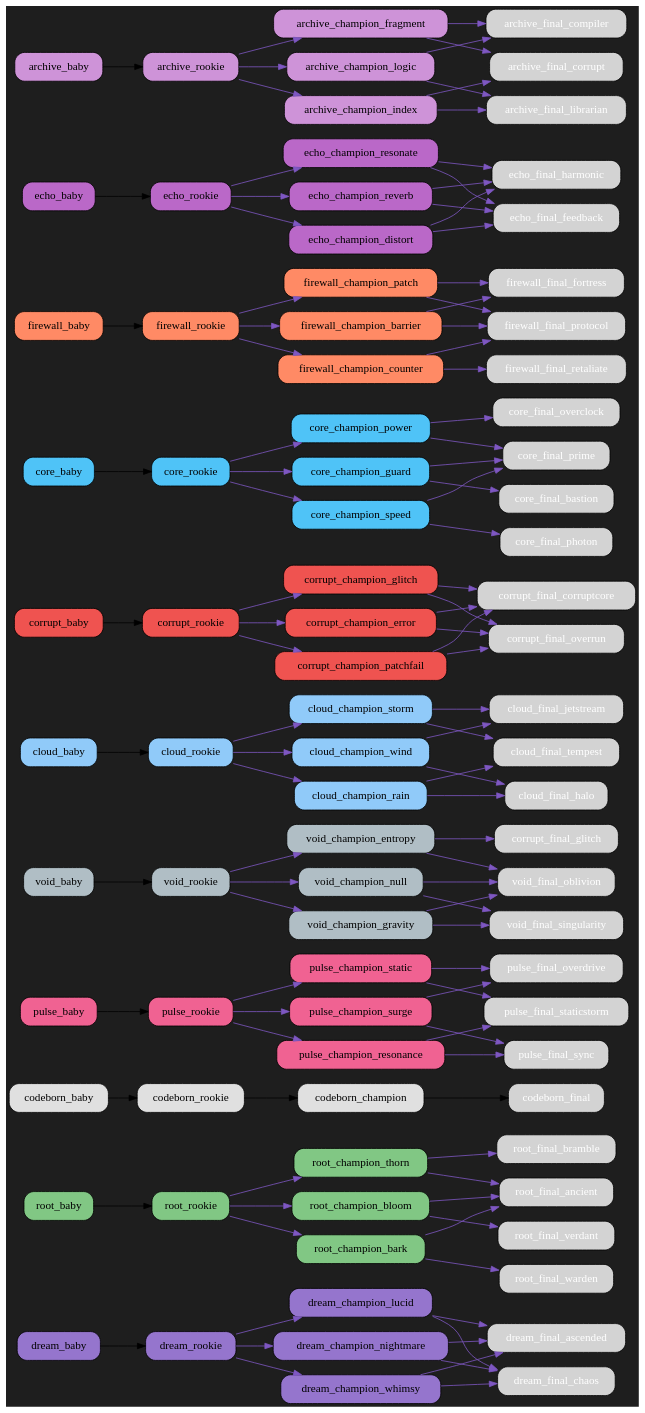
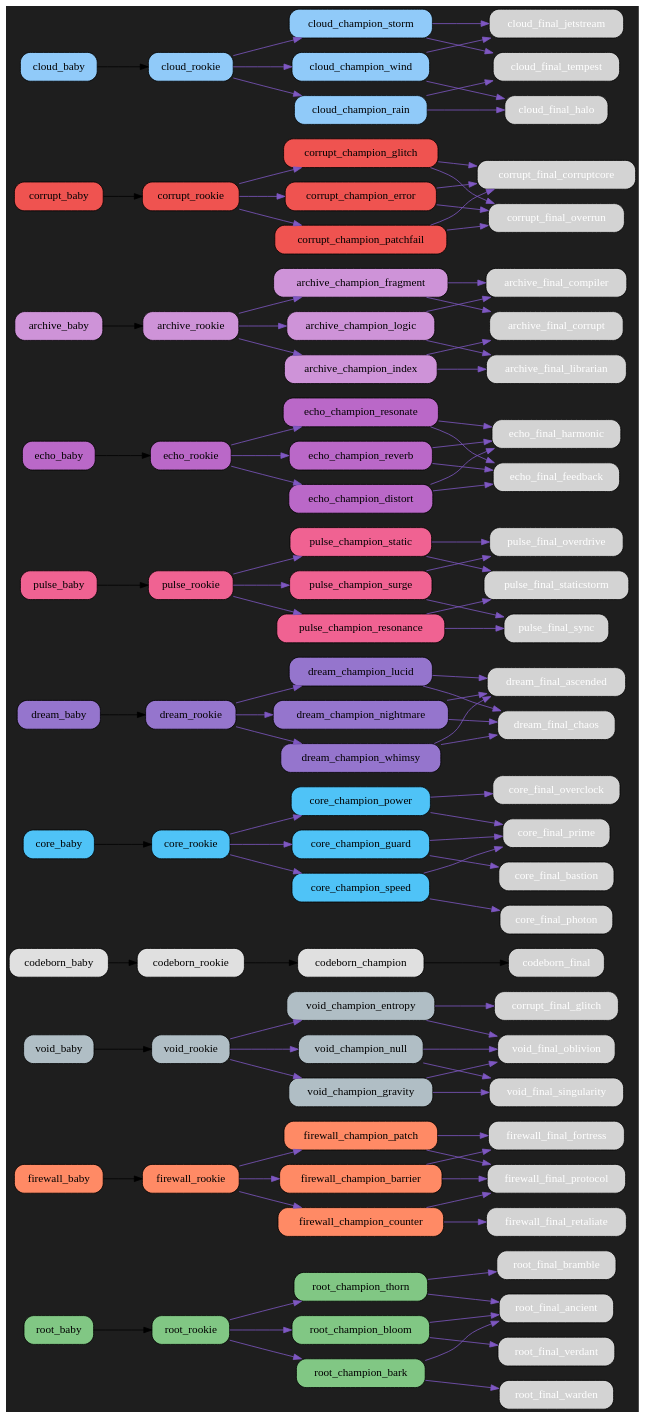
Before and after one commit to bwlight/NetGrid: the diagram in src/netgrid/systems/evolution/graphs/dark/evolution_graph_dark.dot, drawn with Graphviz. The commit also changed other lines of this file and 8 other files, not shown here.

Commit message:
Auto-update evolution graphs

```diff
--- a/src/netgrid/systems/evolution/graphs/dark/evolution_graph_dark.dot
+++ b/src/netgrid/systems/evolution/graphs/dark/evolution_graph_dark.dot
@@ -2,6 +2,72 @@
   rankdir=LR;
   bgcolor="#1e1e1e";
   node [shape=box, style="rounded,filled", fontcolor="white"];
+  "root_baby" [fillcolor="#81c784", fontcolor="black"];
+  "root_baby" -> "root_rookie";
+  "root_rookie" [fillcolor="#81c784", fontcolor="black"];
+  "root_rookie" -> "root_champion_thorn" [color="#7e57c2"];
+  "root_rookie" -> "root_champion_bloom" [color="#7e57c2"];
+  "root_rookie" -> "root_champion_bark" [color="#7e57c2"];
+  "root_champion_thorn" [fillcolor="#81c784", fontcolor="black"];
+  "root_champion_thorn" -> "root_final_bramble" [color="#7e57c2"];
+  "root_champion_thorn" -> "root_final_ancient" [color="#7e57c2"];
+  "root_champion_bloom" [fillcolor="#81c784", fontcolor="black"];
+  "root_champion_bloom" -> "root_final_ancient" [color="#7e57c2"];
+  "root_champion_bloom" -> "root_final_verdant" [color="#7e57c2"];
+  "root_champion_bark" [fillcolor="#81c784", fontcolor="black"];
+  "root_champion_bark" -> "root_final_warden" [color="#7e57c2"];
+  "root_champion_bark" -> "root_final_ancient" [color="#7e57c2"];
+  "firewall_baby" [fillcolor="#ff8a65", fontcolor="black"];
+  "firewall_baby" -> "firewall_rookie";
+  "firewall_rookie" [fillcolor="#ff8a65", fontcolor="black"];
+  "firewall_rookie" -> "firewall_champion_barrier" [color="#7e57c2"];
+  "firewall_rookie" -> "firewall_champion_counter" [color="#7e57c2"];
+  "firewall_rookie" -> "firewall_champion_patch" [color="#7e57c2"];
+  "firewall_champion_barrier" [fillcolor="#ff8a65", fontcolor="black"];
+  "firewall_champion_barrier" -> "firewall_final_fortress" [color="#7e57c2"];
+  "firewall_champion_barrier" -> "firewall_final_protocol" [color="#7e57c2"];
+  "firewall_champion_counter" [fillcolor="#ff8a65", fontcolor="black"];
+  "firewall_champion_counter" -> "firewall_final_retaliate" [color="#7e57c2"];
+  "firewall_champion_counter" -> "firewall_final_protocol" [color="#7e57c2"];
+  "firewall_champion_patch" [fillcolor="#ff8a65", fontcolor="black"];
+  "firewall_champion_patch" -> "firewall_final_protocol" [color="#7e57c2"];
+  "firewall_champion_patch" -> "firewall_final_fortress" [color="#7e57c2"];
+  "void_baby" [fillcolor="#b0bec5", fontcolor="black"];
+  "void_baby" -> "void_rookie";
+  "void_rookie" [fillcolor="#b0bec5", fontcolor="black"];
+  "void_rookie" -> "void_champion_entropy" [color="#7e57c2"];
+  "void_rookie" -> "void_champion_gravity" [color="#7e57c2"];
+  "void_rookie" -> "void_champion_null" [color="#7e57c2"];
+  "void_champion_entropy" [fillcolor="#b0bec5", fontcolor="black"];
+  "void_champion_entropy" -> "corrupt_final_glitch" [color="#7e57c2"];
+  "void_champion_entropy" -> "void_final_oblivion" [color="#7e57c2"];
+  "void_champion_gravity" [fillcolor="#b0bec5", fontcolor="black"];
+  "void_champion_gravity" -> "void_final_singularity" [color="#7e57c2"];
+  "void_champion_gravity" -> "void_final_oblivion" [color="#7e57c2"];
+  "void_champion_null" [fillcolor="#b0bec5", fontcolor="black"];
+  "void_champion_null" -> "void_final_oblivion" [color="#7e57c2"];
+  "void_champion_null" -> "void_final_singularity" [color="#7e57c2"];
+  "codeborn_baby" [fillcolor="#e0e0e0", fontcolor="black"];
+  "codeborn_baby" -> "codeborn_rookie";
+  "codeborn_rookie" [fillcolor="#e0e0e0", fontcolor="black"];
+  "codeborn_rookie" -> "codeborn_champion";
+  "codeborn_champion" [fillcolor="#e0e0e0", fontcolor="black"];
+  "codeborn_champion" -> "codeborn_final";
+  "core_baby" [fillcolor="#4fc3f7", fontcolor="black"];
+  "core_baby" -> "core_rookie";
+  "core_rookie" [fillcolor="#4fc3f7", fontcolor="black"];
+  "core_rookie" -> "core_champion_power" [color="#7e57c2"];
+  "core_rookie" -> "core_champion_guard" [color="#7e57c2"];
+  "core_rookie" -> "core_champion_speed" [color="#7e57c2"];
+  "core_champion_power" [fillcolor="#4fc3f7", fontcolor="black"];
+  "core_champion_power" -> "core_final_overclock" [color="#7e57c2"];
+  "core_champion_power" -> "core_final_prime" [color="#7e57c2"];
+  "core_champion_guard" [fillcolor="#4fc3f7", fontcolor="black"];
+  "core_champion_guard" -> "core_final_bastion" [color="#7e57c2"];
+  "core_champion_guard" -> "core_final_prime" [color="#7e57c2"];
+  "core_champion_speed" [fillcolor="#4fc3f7", fontcolor="black"];
+  "core_champion_speed" -> "core_final_photon" [color="#7e57c2"];
+  "core_champion_speed" -> "core_final_prime" [color="#7e57c2"];
   "dream_baby" [fillcolor="#9575cd", fontcolor="black"];
   "dream_baby" -> "dream_rookie";
   "dream_rookie" [fillcolor="#9575cd", fontcolor="black"];
@@ -17,27 +83,6 @@
   "dream_champion_whimsy" [fillcolor="#9575cd", fontcolor="black"];
   "dream_champion_whimsy" -> "dream_final_ascended" [color="#7e57c2"];
   "dream_champion_whimsy" -> "dream_final_chaos" [color="#7e57c2"];
-  "root_baby" [fillcolor="#81c784", fontcolor="black"];
-  "root_baby" -> "root_rookie";
-  "root_rookie" [fillcolor="#81c784", fontcolor="black"];
-  "root_rookie" -> "root_champion_thorn" [color="#7e57c2"];
-  "root_rookie" -> "root_champion_bloom" [color="#7e57c2"];
-  "root_rookie" -> "root_champion_bark" [color="#7e57c2"];
-  "root_champion_thorn" [fillcolor="#81c784", fontcolor="black"];
-  "root_champion_thorn" -> "root_final_bramble" [color="#7e57c2"];
-  "root_champion_thorn" -> "root_final_ancient" [color="#7e57c2"];
-  "root_champion_bloom" [fillcolor="#81c784", fontcolor="black"];
-  "root_champion_bloom" -> "root_final_ancient" [color="#7e57c2"];
-  "root_champion_bloom" -> "root_final_verdant" [color="#7e57c2"];
-  "root_champion_bark" [fillcolor="#81c784", fontcolor="black"];
-  "root_champion_bark" -> "root_final_warden" [color="#7e57c2"];
-  "root_champion_bark" -> "root_final_ancient" [color="#7e57c2"];
-  "codeborn_baby" [fillcolor="#e0e0e0", fontcolor="black"];
-  "codeborn_baby" -> "codeborn_rookie";
-  "codeborn_rookie" [fillcolor="#e0e0e0", fontcolor="black"];
-  "codeborn_rookie" -> "codeborn_champion";
-  "codeborn_champion" [fillcolor="#e0e0e0", fontcolor="black"];
-  "codeborn_champion" -> "codeborn_final";
   "pulse_baby" [fillcolor="#f06292", fontcolor="black"];
   "pulse_baby" -> "pulse_rookie";
   "pulse_rookie" [fillcolor="#f06292", fontcolor="black"];
@@ -53,81 +98,6 @@
   "pulse_champion_static" [fillcolor="#f06292", fontcolor="black"];
   "pulse_champion_static" -> "pulse_final_staticstorm" [color="#7e57c2"];
   "pulse_champion_static" -> "pulse_final_overdrive" [color="#7e57c2"];
-  "void_baby" [fillcolor="#b0bec5", fontcolor="black"];
-  "void_baby" -> "void_rookie";
-  "void_rookie" [fillcolor="#b0bec5", fontcolor="black"];
-  "void_rookie" -> "void_champion_entropy" [color="#7e57c2"];
-  "void_rookie" -> "void_champion_gravity" [color="#7e57c2"];
-  "void_rookie" -> "void_champion_null" [color="#7e57c2"];
-  "void_champion_entropy" [fillcolor="#b0bec5", fontcolor="black"];
-  "void_champion_entropy" -> "corrupt_final_glitch" [color="#7e57c2"];
-  "void_champion_entropy" -> "void_final_oblivion" [color="#7e57c2"];
-  "void_champion_gravity" [fillcolor="#b0bec5", fontcolor="black"];
-  "void_champion_gravity" -> "void_final_singularity" [color="#7e57c2"];
-  "void_champion_gravity" -> "void_final_oblivion" [color="#7e57c2"];
-  "void_champion_null" [fillcolor="#b0bec5", fontcolor="black"];
-  "void_champion_null" -> "void_final_oblivion" [color="#7e57c2"];
-  "void_champion_null" -> "void_final_singularity" [color="#7e57c2"];
-  "cloud_baby" [fillcolor="#90caf9", fontcolor="black"];
-  "cloud_baby" -> "cloud_rookie";
-  "cloud_rookie" [fillcolor="#90caf9", fontcolor="black"];
-  "cloud_rookie" -> "cloud_champion_wind" [color="#7e57c2"];
-  "cloud_rookie" -> "cloud_champion_rain" [color="#7e57c2"];
-  "cloud_rookie" -> "cloud_champion_storm" [color="#7e57c2"];
-  "cloud_champion_wind" [fillcolor="#90caf9", fontcolor="black"];
-  "cloud_champion_wind" -> "cloud_final_jetstream" [color="#7e57c2"];
-  "cloud_champion_wind" -> "cloud_final_halo" [color="#7e57c2"];
-  "cloud_champion_rain" [fillcolor="#90caf9", fontcolor="black"];
-  "cloud_champion_rain" -> "cloud_final_halo" [color="#7e57c2"];
-  "cloud_champion_rain" -> "cloud_final_tempest" [color="#7e57c2"];
-  "cloud_champion_storm" [fillcolor="#90caf9", fontcolor="black"];
-  "cloud_champion_storm" -> "cloud_final_tempest" [color="#7e57c2"];
-  "cloud_champion_storm" -> "cloud_final_jetstream" [color="#7e57c2"];
-  "corrupt_baby" [fillcolor="#ef5350", fontcolor="black"];
-  "corrupt_baby" -> "corrupt_rookie";
-  "corrupt_rookie" [fillcolor="#ef5350", fontcolor="black"];
-  "corrupt_rookie" -> "corrupt_champion_glitch" [color="#7e57c2"];
-  "corrupt_rookie" -> "corrupt_champion_error" [color="#7e57c2"];
-  "corrupt_rookie" -> "corrupt_champion_patchfail" [color="#7e57c2"];
-  "corrupt_champion_glitch" [fillcolor="#ef5350", fontcolor="black"];
-  "corrupt_champion_glitch" -> "corrupt_final_corruptcore" [color="#7e57c2"];
-  "corrupt_champion_glitch" -> "corrupt_final_overrun" [color="#7e57c2"];
-  "corrupt_champion_error" [fillcolor="#ef5350", fontcolor="black"];
-  "corrupt_champion_error" -> "corrupt_final_overrun" [color="#7e57c2"];
-  "corrupt_champion_error" -> "corrupt_final_corruptcore" [color="#7e57c2"];
-  "corrupt_champion_patchfail" [fillcolor="#ef5350", fontcolor="black"];
-  "corrupt_champion_patchfail" -> "corrupt_final_corruptcore" [color="#7e57c2"];
-  "corrupt_champion_patchfail" -> "corrupt_final_overrun" [color="#7e57c2"];
-  "core_baby" [fillcolor="#4fc3f7", fontcolor="black"];
-  "core_baby" -> "core_rookie";
-  "core_rookie" [fillcolor="#4fc3f7", fontcolor="black"];
-  "core_rookie" -> "core_champion_power" [color="#7e57c2"];
-  "core_rookie" -> "core_champion_guard" [color="#7e57c2"];
-  "core_rookie" -> "core_champion_speed" [color="#7e57c2"];
-  "core_champion_power" [fillcolor="#4fc3f7", fontcolor="black"];
-  "core_champion_power" -> "core_final_overclock" [color="#7e57c2"];
-  "core_champion_power" -> "core_final_prime" [color="#7e57c2"];
-  "core_champion_guard" [fillcolor="#4fc3f7", fontcolor="black"];
-  "core_champion_guard" -> "core_final_bastion" [color="#7e57c2"];
-  "core_champion_guard" -> "core_final_prime" [color="#7e57c2"];
-  "core_champion_speed" [fillcolor="#4fc3f7", fontcolor="black"];
-  "core_champion_speed" -> "core_final_photon" [color="#7e57c2"];
-  "core_champion_speed" -> "core_final_prime" [color="#7e57c2"];
-  "firewall_baby" [fillcolor="#ff8a65", fontcolor="black"];
-  "firewall_baby" -> "firewall_rookie";
-  "firewall_rookie" [fillcolor="#ff8a65", fontcolor="black"];
-  "firewall_rookie" -> "firewall_champion_barrier" [color="#7e57c2"];
-  "firewall_rookie" -> "firewall_champion_counter" [color="#7e57c2"];
-  "firewall_rookie" -> "firewall_champion_patch" [color="#7e57c2"];
-  "firewall_champion_barrier" [fillcolor="#ff8a65", fontcolor="black"];
-  "firewall_champion_barrier" -> "firewall_final_fortress" [color="#7e57c2"];
-  "firewall_champion_barrier" -> "firewall_final_protocol" [color="#7e57c2"];
-  "firewall_champion_counter" [fillcolor="#ff8a65", fontcolor="black"];
-  "firewall_champion_counter" -> "firewall_final_retaliate" [color="#7e57c2"];
-  "firewall_champion_counter" -> "firewall_final_protocol" [color="#7e57c2"];
-  "firewall_champion_patch" [fillcolor="#ff8a65", fontcolor="black"];
-  "firewall_champion_patch" -> "firewall_final_protocol" [color="#7e57c2"];
-  "firewall_champion_patch" -> "firewall_final_fortress" [color="#7e57c2"];
   "echo_baby" [fillcolor="#ba68c8", fontcolor="black"];
   "echo_baby" -> "echo_rookie";
   "echo_rookie" [fillcolor="#ba68c8", fontcolor="black"];
@@ -158,4 +128,34 @@
   "archive_champion_fragment" [fillcolor="#ce93d8", fontcolor="black"];
   "archive_champion_fragment" -> "archive_final_corrupt" [color="#7e57c2"];
   "archive_champion_fragment" -> "archive_final_compiler" [color="#7e57c2"];
+  "corrupt_baby" [fillcolor="#ef5350", fontcolor="black"];
+  "corrupt_baby" -> "corrupt_rookie";
+  "corrupt_rookie" [fillcolor="#ef5350", fontcolor="black"];
+  "corrupt_rookie" -> "corrupt_champion_glitch" [color="#7e57c2"];
+  "corrupt_rookie" -> "corrupt_champion_error" [color="#7e57c2"];
+  "corrupt_rookie" -> "corrupt_champion_patchfail" [color="#7e57c2"];
+  "corrupt_champion_glitch" [fillcolor="#ef5350", fontcolor="black"];
+  "corrupt_champion_glitch" -> "corrupt_final_corruptcore" [color="#7e57c2"];
+  "corrupt_champion_glitch" -> "corrupt_final_overrun" [color="#7e57c2"];
+  "corrupt_champion_error" [fillcolor="#ef5350", fontcolor="black"];
+  "corrupt_champion_error" -> "corrupt_final_overrun" [color="#7e57c2"];
+  "corrupt_champion_error" -> "corrupt_final_corruptcore" [color="#7e57c2"];
+  "corrupt_champion_patchfail" [fillcolor="#ef5350", fontcolor="black"];
+  "corrupt_champion_patchfail" -> "corrupt_final_corruptcore" [color="#7e57c2"];
+  "corrupt_champion_patchfail" -> "corrupt_final_overrun" [color="#7e57c2"];
+  "cloud_baby" [fillcolor="#90caf9", fontcolor="black"];
+  "cloud_baby" -> "cloud_rookie";
+  "cloud_rookie" [fillcolor="#90caf9", fontcolor="black"];
+  "cloud_rookie" -> "cloud_champion_wind" [color="#7e57c2"];
+  "cloud_rookie" -> "cloud_champion_rain" [color="#7e57c2"];
+  "cloud_rookie" -> "cloud_champion_storm" [color="#7e57c2"];
+  "cloud_champion_wind" [fillcolor="#90caf9", fontcolor="black"];
+  "cloud_champion_wind" -> "cloud_final_jetstream" [color="#7e57c2"];
+  "cloud_champion_wind" -> "cloud_final_halo" [color="#7e57c2"];
+  "cloud_champion_rain" [fillcolor="#90caf9", fontcolor="black"];
+  "cloud_champion_rain" -> "cloud_final_halo" [color="#7e57c2"];
+  "cloud_champion_rain" -> "cloud_final_tempest" [color="#7e57c2"];
+  "cloud_champion_storm" [fillcolor="#90caf9", fontcolor="black"];
+  "cloud_champion_storm" -> "cloud_final_tempest" [color="#7e57c2"];
+  "cloud_champion_storm" -> "cloud_final_jetstream" [color="#7e57c2"];
 }
```
